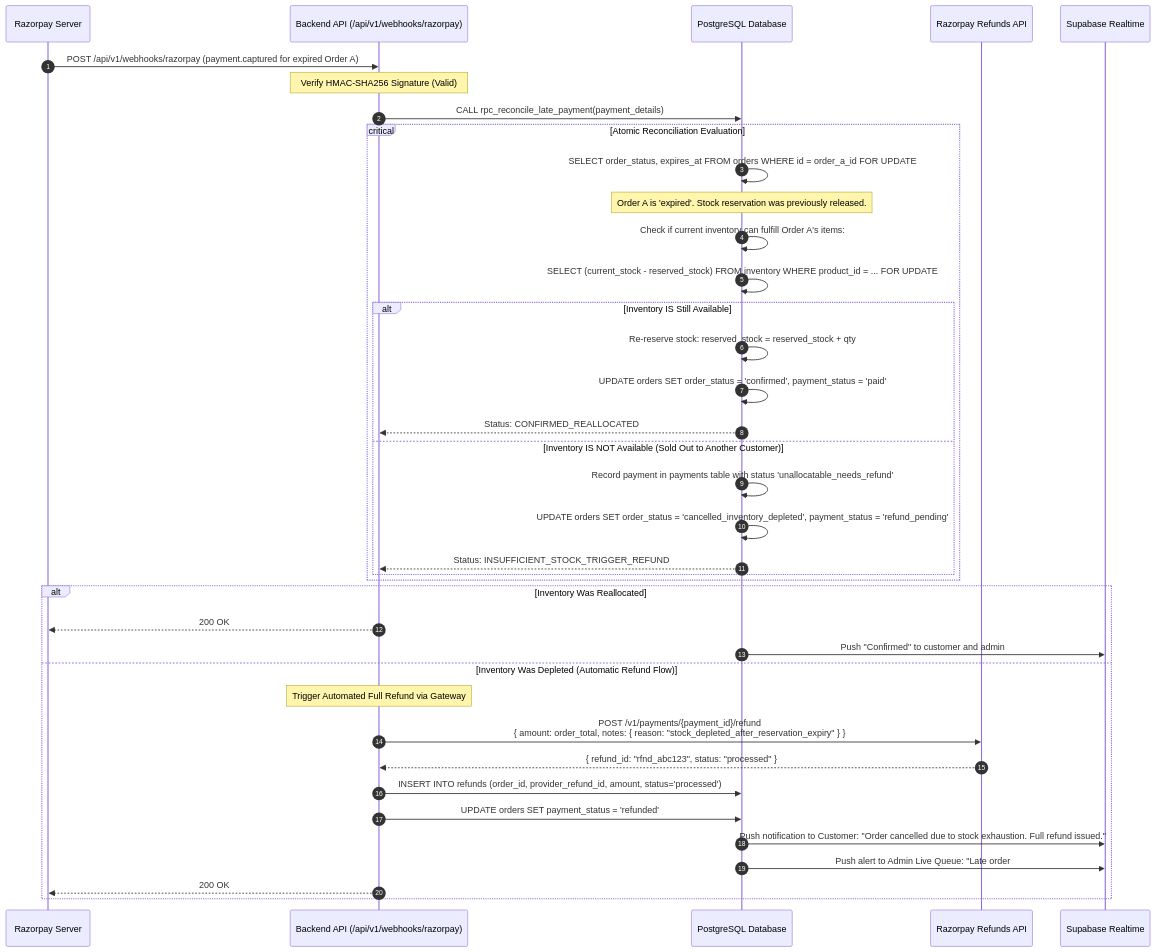
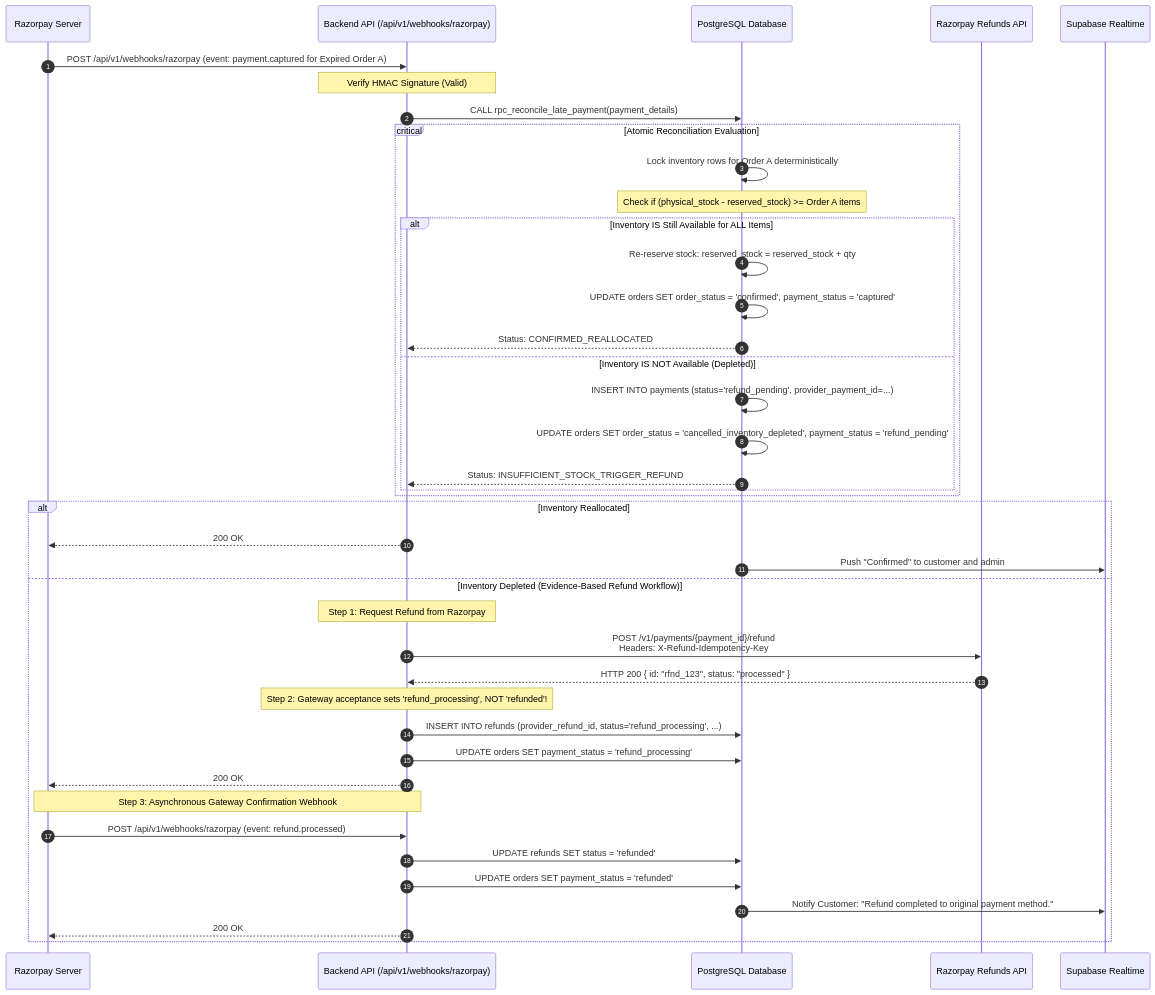
The fourth of 5 diagrams in docs/phase-0/SYSTEM_ARCHITECTURE.md (AbhinavKumar36/orange), drawn with Mermaid before and after one commit. The commit also changed other lines of this file and 9 other files, not shown here.

Commit message:
docs(phase-0.2): final consistency review: inventory accounting, multi-product deadlock safety, evidence-based refunds, and 10-phase roadmap

````diff
--- a/docs/phase-0/SYSTEM_ARCHITECTURE.md
+++ b/docs/phase-0/SYSTEM_ARCHITECTURE.md
@@ -244,44 +269,48 @@
 ```mermaid
 sequenceDiagram
     autonumber
     participant RP as Razorpay Server
     participant WebhookAPI as Backend API (/api/v1/webhooks/razorpay)
     participant DB as PostgreSQL Database
     participant RP_API as Razorpay Refunds API
     participant RT as Supabase Realtime
 
-    RP->>WebhookAPI: POST /api/v1/webhooks/razorpay (payment.captured for expired Order A)
-    Note over WebhookAPI: Verify HMAC-SHA256 Signature (Valid)
+    RP->>WebhookAPI: POST /api/v1/webhooks/razorpay (event: payment.captured for Expired Order A)
+    Note over WebhookAPI: Verify HMAC Signature (Valid)
     
     WebhookAPI->>DB: CALL rpc_reconcile_late_payment(payment_details)
     critical Atomic Reconciliation Evaluation
-        DB->>DB: SELECT order_status, expires_at FROM orders WHERE id = order_a_id FOR UPDATE
-        Note over DB: Order A is 'expired'. Stock reservation was previously released.
-        DB->>DB: Check if current inventory can fulfill Order A's items:
-        DB->>DB: SELECT (current_stock - reserved_stock) FROM inventory WHERE product_id = ... FOR UPDATE
-        alt Inventory IS Still Available
+        DB->>DB: Lock inventory rows for Order A deterministically
+        Note over DB: Check if (physical_stock - reserved_stock) >= Order A items
+        alt Inventory IS Still Available for ALL Items
             DB->>DB: Re-reserve stock: reserved_stock = reserved_stock + qty
-            DB->>DB: UPDATE orders SET order_status = 'confirmed', payment_status = 'paid'
+            DB->>DB: UPDATE orders SET order_status = 'confirmed', payment_status = 'captured'
             DB-->>WebhookAPI: Status: CONFIRMED_REALLOCATED
-        else Inventory IS NOT Available (Sold Out to Another Customer)
-            DB->>DB: Record payment in payments table with status 'unallocatable_needs_refund'
+        else Inventory IS NOT Available (Depleted)
+            DB->>DB: INSERT INTO payments (status='refund_pending', provider_payment_id=...)
             DB->>DB: UPDATE orders SET order_status = 'cancelled_inventory_depleted', payment_status = 'refund_pending'
             DB-->>WebhookAPI: Status: INSUFFICIENT_STOCK_TRIGGER_REFUND
         end
     end
 
-    alt Inventory Was Reallocated
+    alt Inventory Reallocated
         WebhookAPI-->>RP: 200 OK
         DB->>RT: Push "Confirmed" to customer and admin
-    else Inventory Was Depleted (Automatic Refund Flow)
-        Note over WebhookAPI: Trigger Automated Full Refund via Gateway
-        WebhookAPI->>RP_API: POST /v1/payments/{payment_id}/refund<br/>{ amount: order_total, notes: { reason: "stock_depleted_after_reservation_expiry" } }
-        RP_API-->>WebhookAPI: { refund_id: "rfnd_abc123", status: "processed" }
+    else Inventory Depleted (Evidence-Based Refund Workflow)
+        Note over WebhookAPI: Step 1: Request Refund from Razorpay
+        WebhookAPI->>RP_API: POST /v1/payments/{payment_id}/refund<br/>Headers: X-Refund-Idempotency-Key
+        RP_API-->>WebhookAPI: HTTP 200 { id: "rfnd_123", status: "processed" }
         
-        WebhookAPI->>DB: INSERT INTO refunds (order_id, provider_refund_id, amount, status='processed')
+        Note over WebhookAPI: Step 2: Gateway acceptance sets 'refund_processing', NOT 'refunded'!
+        WebhookAPI->>DB: INSERT INTO refunds (provider_refund_id, status='refund_processing', ...)
+        WebhookAPI->>DB: UPDATE orders SET payment_status = 'refund_processing'
+        WebhookAPI-->>RP: 200 OK
+
+        Note over RP,WebhookAPI: Step 3: Asynchronous Gateway Confirmation Webhook
+        RP->>WebhookAPI: POST /api/v1/webhooks/razorpay (event: refund.processed)
+        WebhookAPI->>DB: UPDATE refunds SET status = 'refunded'
         WebhookAPI->>DB: UPDATE orders SET payment_status = 'refunded'
-        DB->>RT: Push notification to Customer: "Order cancelled due to stock exhaustion. Full refund issued."
-        DB->>RT: Push alert to Admin Live Queue: "Late order #A unfulfilled; auto-refund processed."
+        DB->>RT: Notify Customer: "Refund completed to original payment method."
         WebhookAPI-->>RP: 200 OK
     end
 ```
````
